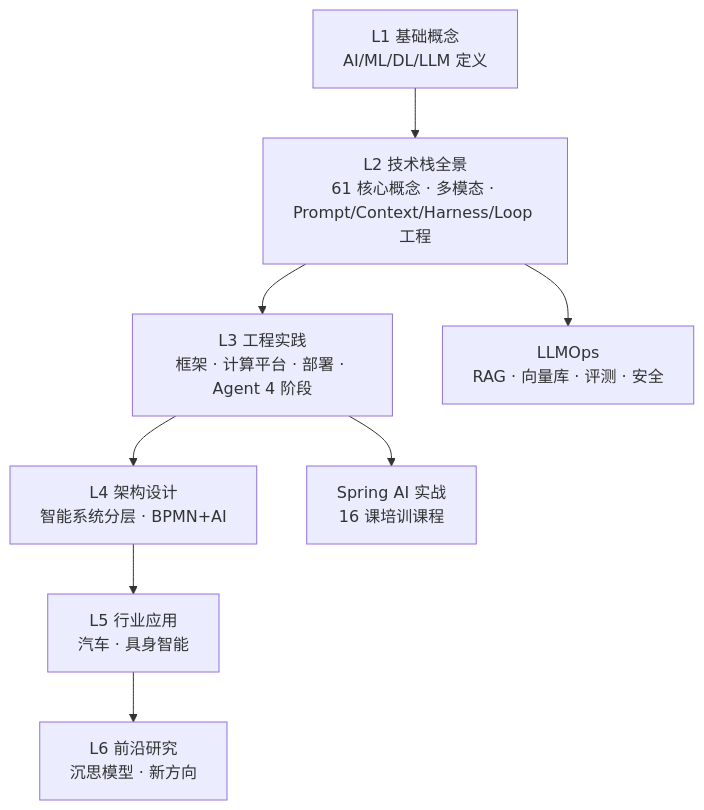
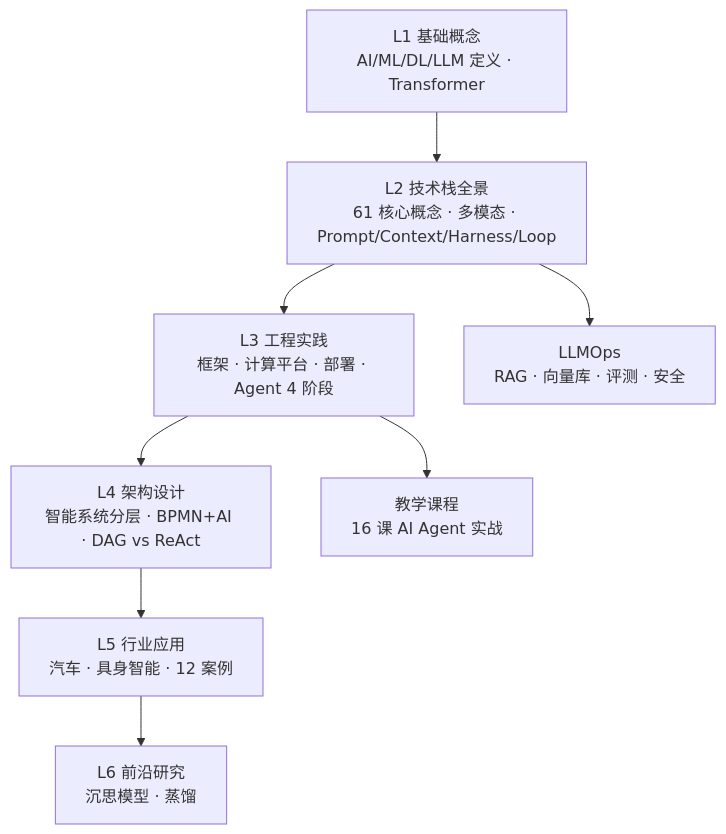
One commit to wb04307201/wb04307201 changed the diagram in note/11.ai/README.md. Above: the diagram before and after it, drawn with Mermaid. The commit also changed other lines of this file, not shown here.

````diff
--- a/note/11.ai/README.md
+++ b/note/11.ai/README.md
@@ -34,10 +44,10 @@
 ```mermaid
 graph TD
-    L1["L1 基础概念<br/>AI/ML/DL/LLM 定义"] --> L2["L2 技术栈全景<br/>61 核心概念 · 多模态 · Prompt/Context/Harness/Loop 工程"]
+    L1["L1 基础概念<br/>AI/ML/DL/LLM 定义 · Transformer"] --> L2["L2 技术栈全景<br/>61 核心概念 · 多模态 · Prompt/Context/Harness/Loop"]
     L2 --> L3["L3 工程实践<br/>框架 · 计算平台 · 部署 · Agent 4 阶段"]
-    L3 --> L4["L4 架构设计<br/>智能系统分层 · BPMN+AI"]
-    L4 --> L5["L5 行业应用<br/>汽车 · 具身智能"]
-    L5 --> L6["L6 前沿研究<br/>沉思模型 · 新方向"]
+    L3 --> L4["L4 架构设计<br/>智能系统分层 · BPMN+AI · DAG vs ReAct"]
+    L4 --> L5["L5 行业应用<br/>汽车 · 具身智能 · 12 案例"]
+    L5 --> L6["L6 前沿研究<br/>沉思模型 · 蒸馏"]
     L2 --> L7["LLMOps<br/>RAG · 向量库 · 评测 · 安全"]
-    L3 --> Training["Spring AI 实战<br/>16 课培训课程"]
+    L3 --> Training["教学课程<br/>16 课 AI Agent 实战"]
 ```
````
